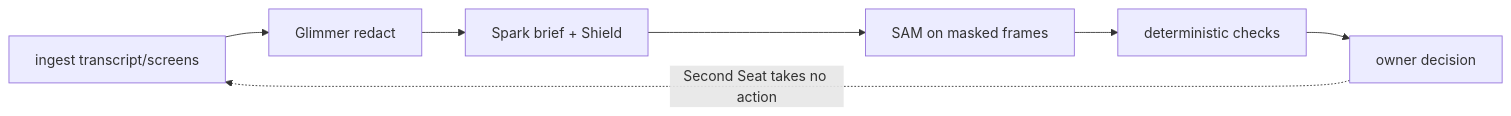
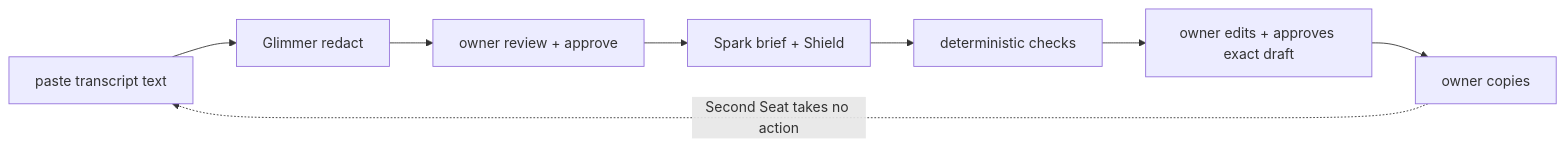
Before and after one commit to Bridgett50/second-seat-hackathon: the diagram in README.md, drawn with Mermaid. The commit also changed other lines of this file and 6 other files, not shown here.

````diff
--- a/README.md
+++ b/README.md
@@ -15,9 +30,10 @@
 ```mermaid
 flowchart LR
-    A[ingest transcript/screens] --> B[Glimmer redact]
-    B --> C[Spark brief + Shield]
-    C --> D[SAM on masked frames]
+    A[paste transcript text] --> B[Glimmer redact]
+    B --> C[owner review + approve]
+    C --> D[Spark brief + Shield]
     D --> E[deterministic checks]
-    E --> F[owner decision]
-    F -. Second Seat takes no action .-> A
+    E --> F[owner edits + approves exact draft]
+    F --> G[owner copies]
+    G -. Second Seat takes no action .-> A
 ```
````
